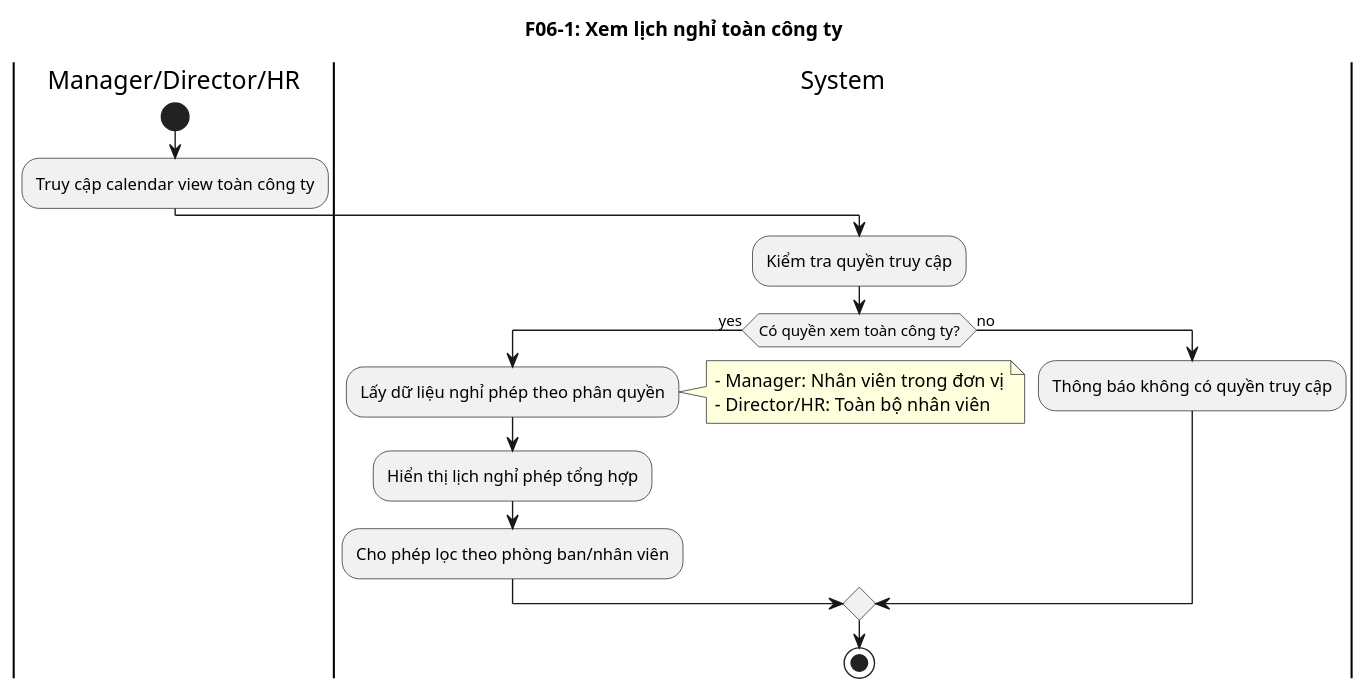
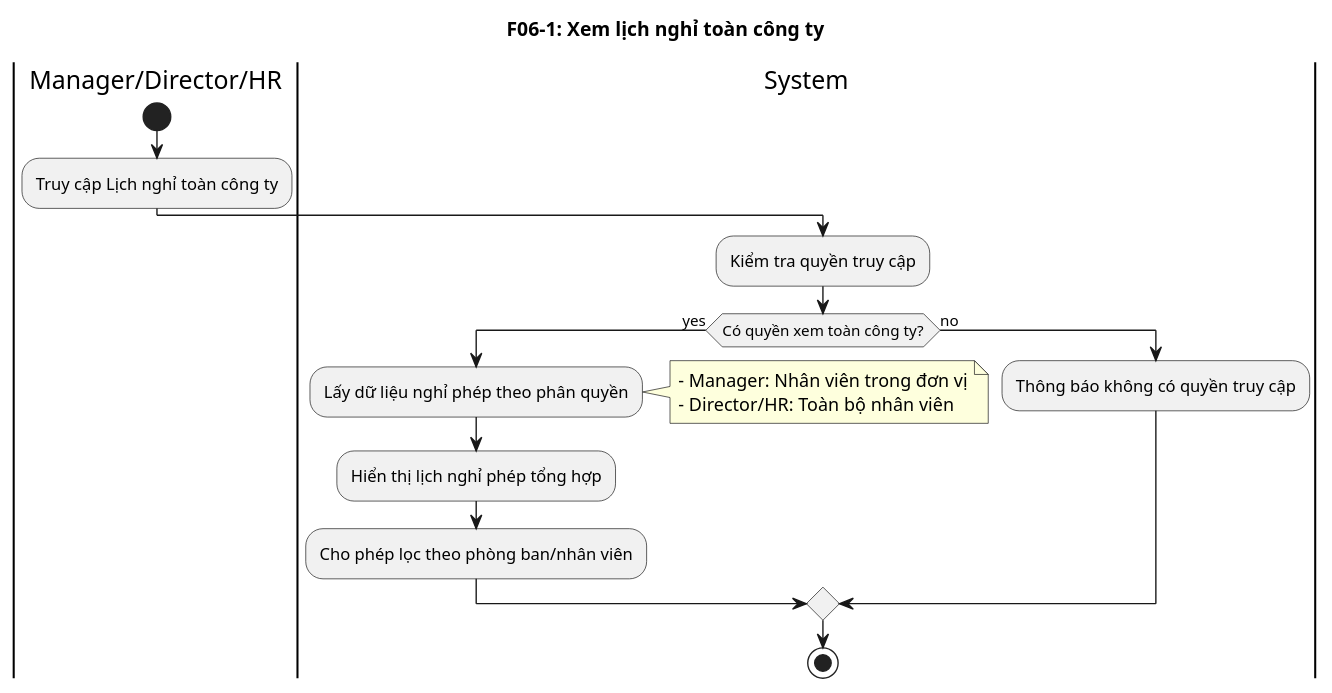
One commit to hoangh-e/PowerAppp_AppNghiPhep changed the ninth of 34 diagrams in activity_diagrams.puml. Above: the diagram before and after it, drawn with PlantUML. The commit also changed other lines of this file and 25 other files, not shown here.

```diff
--- a/activity_diagrams.puml
+++ b/activity_diagrams.puml
@@ -183,20 +189,20 @@
 @startuml F06_Company_Calendar
 title F06-1: Xem lịch nghỉ toàn công ty
-|Manager/Director/HR|
+    |Manager/Director/HR|
 start
-:Truy cập calendar view toàn công ty;
+:Truy cập Lịch nghỉ toàn công ty;
 |System|
 :Kiểm tra quyền truy cập;
 if (Có quyền xem toàn công ty?) then (yes)
   :Lấy dữ liệu nghỉ phép theo phân quyền;
   note right
   - Manager: Nhân viên trong đơn vị
   - Director/HR: Toàn bộ nhân viên
   end note
   :Hiển thị lịch nghỉ phép tổng hợp;
   :Cho phép lọc theo phòng ban/nhân viên;
 else (no)
   :Thông báo không có quyền truy cập;
 endif
 stop
 @enduml
```
